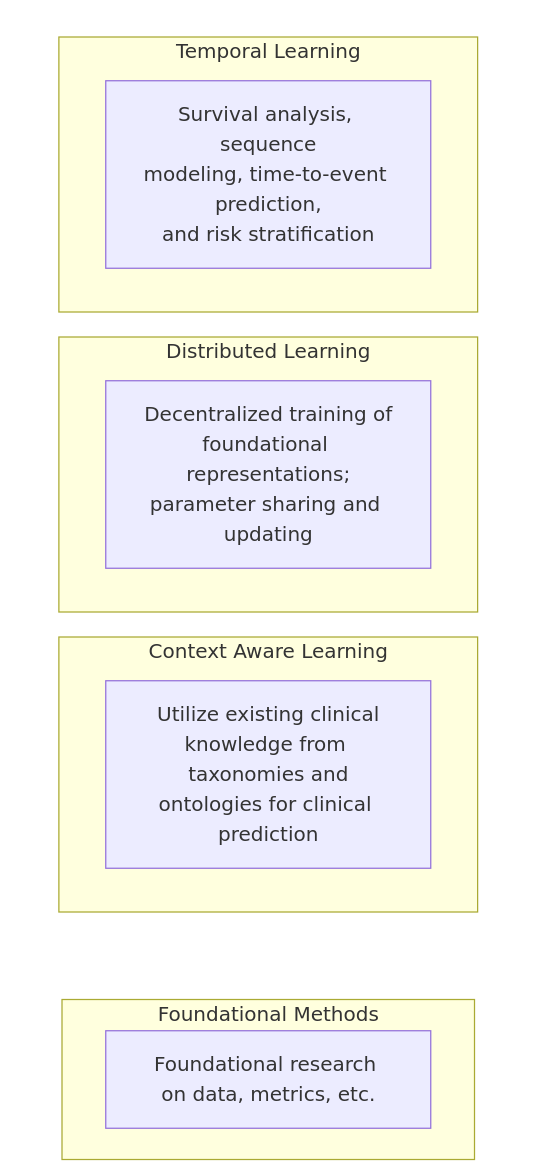
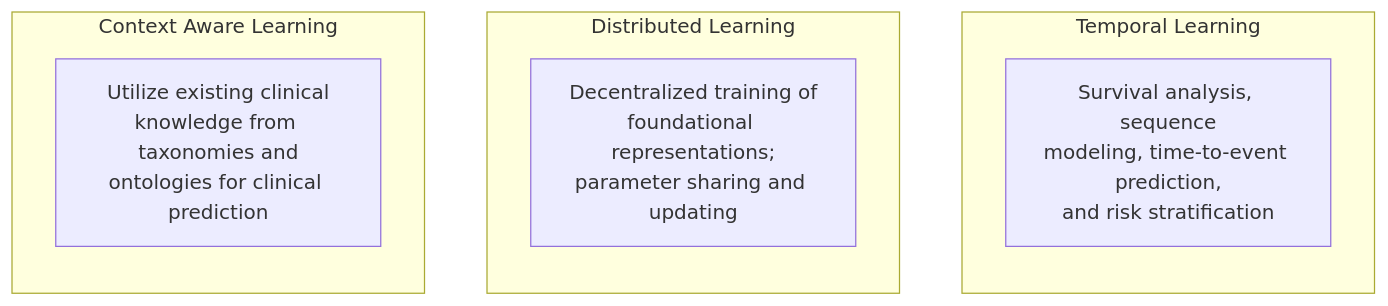
One commit to mi-erasmusmc/foundational-methods changed the diagram in docs/research.md. Above: the diagram before and after it, drawn with Mermaid.

Commit message:
Format research graph

````diff
--- a/docs/research.md
+++ b/docs/research.md
@@ -5,36 +5,24 @@
 ```mermaid
 %%{init: {"theme":"default"} }%%
-flowchart TB
+flowchart LR
 
-subgraph TOP[" "]
-  direction LR
-
-  subgraph P1["Context Aware Learning"]
-    A1["Utilize existing clinical<br>knowledge from taxonomies and<br/>ontologies for clinical prediction"]
-  end
-
-  subgraph P2["Distributed Learning"]
-    A2["Decentralized training of<br/>foundational representations;<br/>parameter sharing and updating"]
-  end
-
-  subgraph P3["Temporal Learning"]
-    A3["Survival analysis, sequence<br/>modeling, time-to-event prediction,<br/>and risk stratification"]
-  end
+subgraph P1["Context Aware Learning"]
+  direction TB
+  A1["Utilize existing clinical<br/>knowledge from taxonomies and<br>ontologies for clinical prediction"]
 end
 
-subgraph BOTTOM["Foundational Methods"]
-  B["Foundational research on data, metrics, etc."]
+subgraph P2["Distributed Learning"]
+  direction TB
+  A2["Decentralized training of<br/>foundational representations;<br/>parameter sharing and updating"]
 end
 
-%% force BOTTOM below the pillars (hide the lines)
-A1 --- B
-A2 --- B
-A3 --- B
+subgraph P3["Temporal Learning"]
+  direction TB
+  A3["Survival analysis, sequence<br/>modeling, time-to-event prediction,<br/>and risk stratification"]
+end
 
+%% force the three containers to sit left-to-right (hide the links)
+A1 --- A2 --- A3
 linkStyle 0 stroke:transparent,stroke-width:0;
 linkStyle 1 stroke:transparent,stroke-width:0;
-linkStyle 2 stroke:transparent,stroke-width:0;
-
-%% hide only the TOP container border/background (keep BOTTOM visible)
-style TOP fill:transparent,stroke:transparent;
 ```
````
